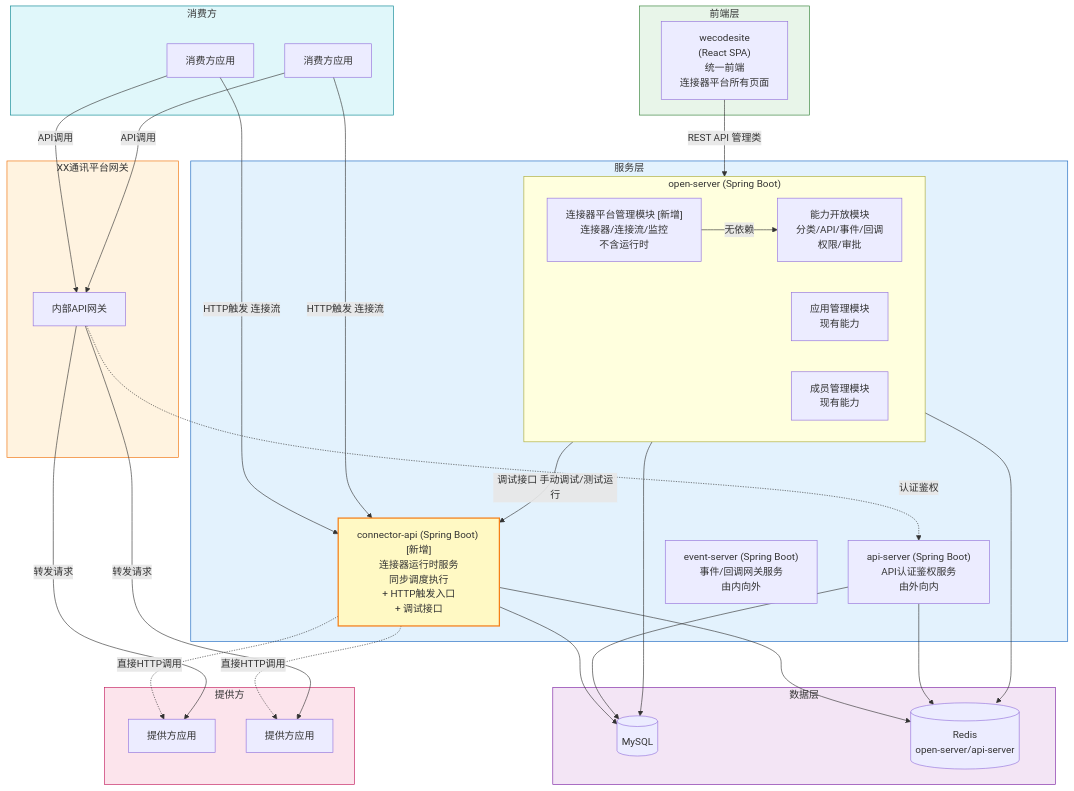
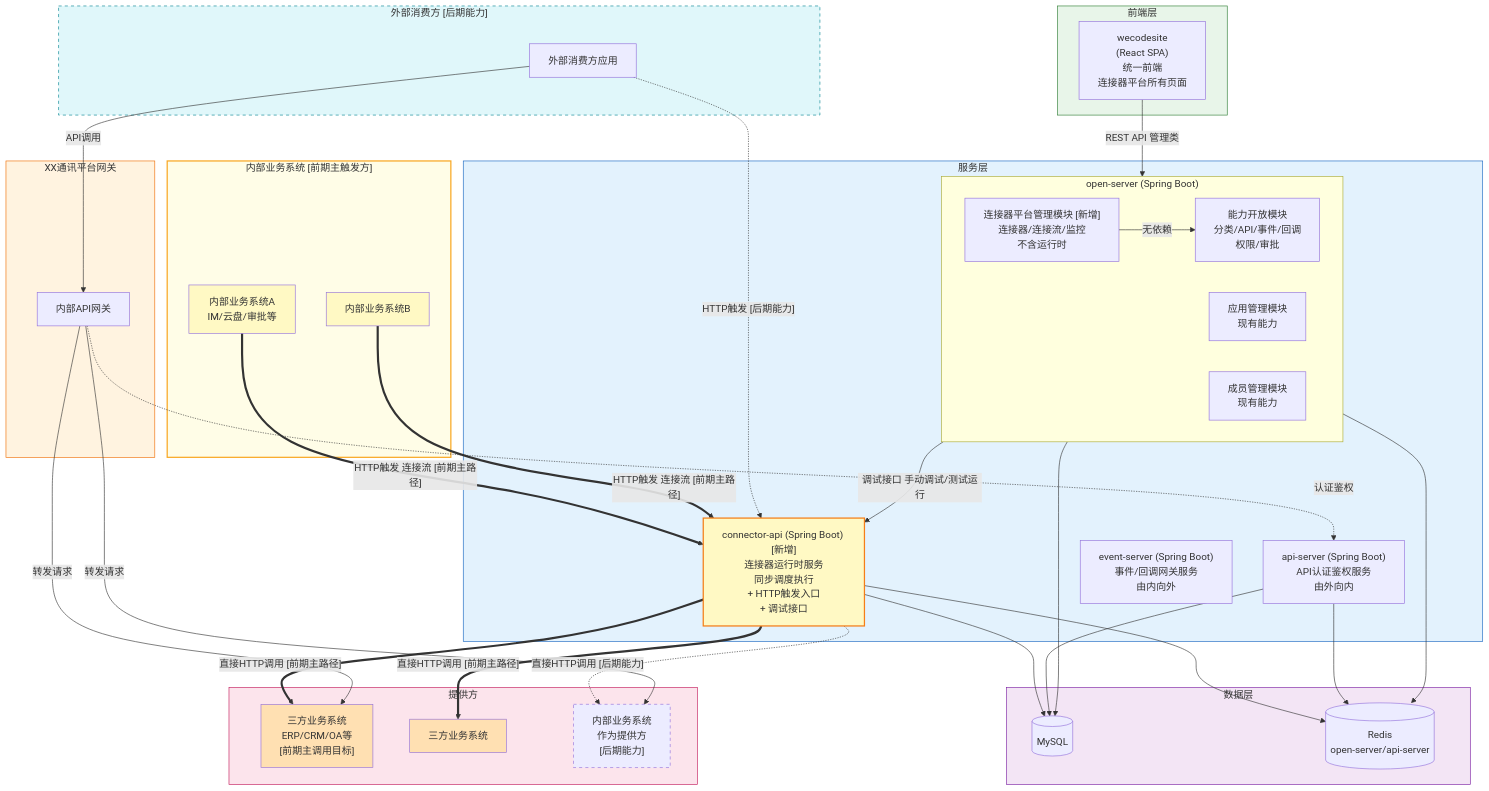
The first of 5 diagrams in .sddu/specs-tree-root/specs-tree-connector-platform/plan.md (THZSummer/open-app), drawn with Mermaid before and after one commit. The commit also changed other lines of this file, not shown here.

First line of the commit message:
plan(connector-platform): 架构图区分前期主路径与后期能力

````diff
--- a/.sddu/specs-tree-root/specs-tree-connector-platform/plan.md
+++ b/.sddu/specs-tree-root/specs-tree-connector-platform/plan.md
@@ -47,14 +49,19 @@
         ApiGW["内部API网关"]
     end
 
-    subgraph Consumers["消费方"]
-        Consumer1["消费方应用"]
-        Consumer2["消费方应用"]
+    subgraph InternalBiz["内部业务系统 [前期主触发方]"]
+        BizSys1["内部业务系统A<br/>IM/云盘/审批等"]
+        BizSys2["内部业务系统B"]
     end
 
     subgraph Providers["提供方"]
-        Provider1["提供方应用"]
-        Provider2["提供方应用"]
+        ThirdParty1["三方业务系统<br/>ERP/CRM/OA等<br/>[前期主调用目标]"]
+        ThirdParty2["三方业务系统"]
+        InternalAsProvider["内部业务系统<br/>作为提供方<br/>[后期能力]"]
+    end
+
+    subgraph Consumers["外部消费方 [后期能力]"]
+        Consumer1["外部消费方应用"]
     end
 
     %% 前端直接连接管理服务
@@ -74,26 +81,33 @@
     ApiServer --> MySQL
     ApiServer --> Redis1
 
-    %% 运行时同步调用 API（直接调用提供方，不经 API 网关——本版本连接器直接配置目标 API 地址）
-    ConnectorApi -. "直接HTTP调用" .-> Provider1
-    ConnectorApi -. "直接HTTP调用" .-> Provider2
+    %% === 前期主路径：内部业务系统 → connector-api → 三方业务系统 ===
+    BizSys1 ==> |"HTTP触发 连接流 [前期主路径]"| ConnectorApi
+    BizSys2 ==> |"HTTP触发 连接流 [前期主路径]"| ConnectorApi
+    ConnectorApi ==> |"直接HTTP调用 [前期主路径]"| ThirdParty1
+    ConnectorApi ==> |"直接HTTP调用 [前期主路径]"| ThirdParty2
 
-    %% 消费方通过 connector-api 触发连接流执行
-    Consumer1 -- "HTTP触发 连接流" --> ConnectorApi
-    Consumer2 -- "HTTP触发 连接流" --> ConnectorApi
+    %% === 后期能力：外部消费方触发 & 调用内部业务系统 ===
+    Consumer1 -. "HTTP触发 [后期能力]" .-> ConnectorApi
+    ConnectorApi -. "直接HTTP调用 [后期能力]" .-> InternalAsProvider
 
-    %% API调用流程
+    %% 现有 API 调用流程（不变）
     Consumer1 -- "API调用" --> ApiGW
-    Consumer2 -- "API调用" --> ApiGW
     ApiGW -. "认证鉴权" .-> ApiServer
-    ApiGW -- "转发请求" --> Provider1
-    ApiGW -- "转发请求" --> Provider2
+    ApiGW -- "转发请求" --> ThirdParty1
+    ApiGW -- "转发请求" --> InternalAsProvider
 
     style Frontend fill:#e8f5e9,stroke:#2e7d32
     style Services fill:#e3f2fd,stroke:#1565c0
     style ConnectorApi fill:#fff9c4,stroke:#f57f17,stroke-width:2px
     style DataLayer fill:#f3e5f5,stroke:#7b1fa2
     style PlatformGW fill:#fff3e0,stroke:#ef6c00
-    style Consumers fill:#e0f7fa,stroke:#00838f
+    style Consumers fill:#e0f7fa,stroke:#00838f,stroke-dasharray:5 5
     style Providers fill:#fce4ec,stroke:#c2185b
+    style InternalBiz fill:#fffde7,stroke:#f9a825,stroke-width:2px
+    style InternalAsProvider stroke-dasharray:5 5
+    style BizSys1 fill:#fff9c4
+    style BizSys2 fill:#fff9c4
+    style ThirdParty1 fill:#ffe0b2
+    style ThirdParty2 fill:#ffe0b2
 ```
````
